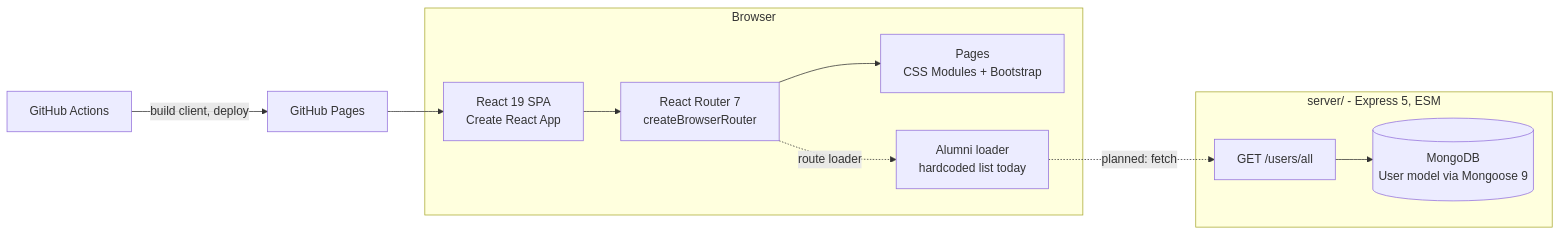
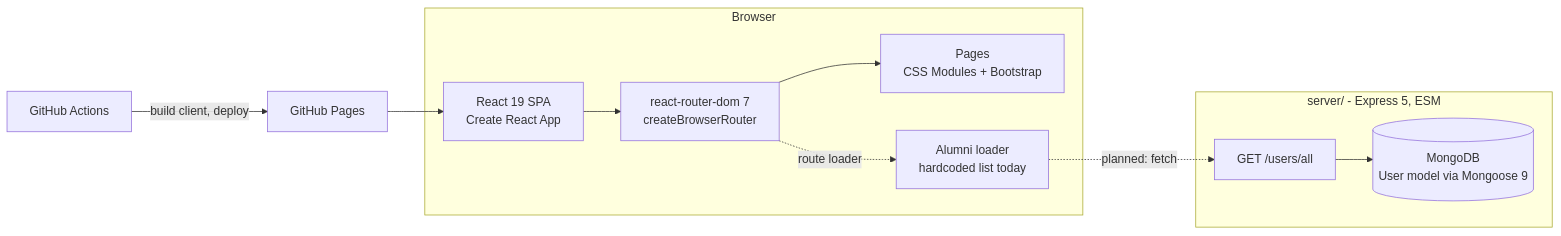
The diagram in README.md (MCA-NITW/mca_nitw), drawn with Mermaid before and after one commit. The commit also changed other lines of this file and 2 other files, not shown here.

Commit message:
docs: name the exact react-router versions and fix the stale side nav comment

````diff
--- a/README.md
+++ b/README.md
@@ -36,14 +36,14 @@
 ```mermaid
 flowchart LR
     subgraph Browser
-        A[React 19 SPA<br/>Create React App] --> R[React Router 7<br/>createBrowserRouter]
+        A[React 19 SPA<br/>Create React App] --> R[react-router-dom 7<br/>createBrowserRouter]
         R --> P[Pages<br/>CSS Modules + Bootstrap]
         R -. route loader .-> L[Alumni loader<br/>hardcoded list today]
     end
     subgraph Server [server/ - Express 5, ESM]
         E["GET /users/all"] --> M[(MongoDB<br/>User model via Mongoose 9)]
     end
     L -. planned: fetch .-> E
     GH[GitHub Actions] -->|build client, deploy| GP[GitHub Pages]
     GP --> A
 ```
````
